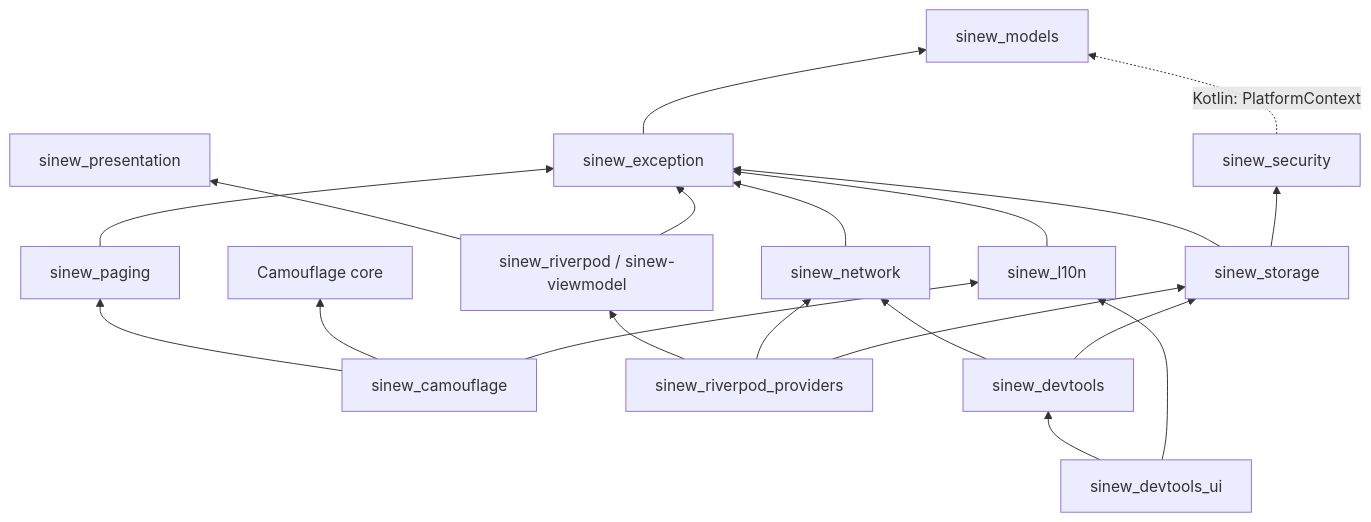
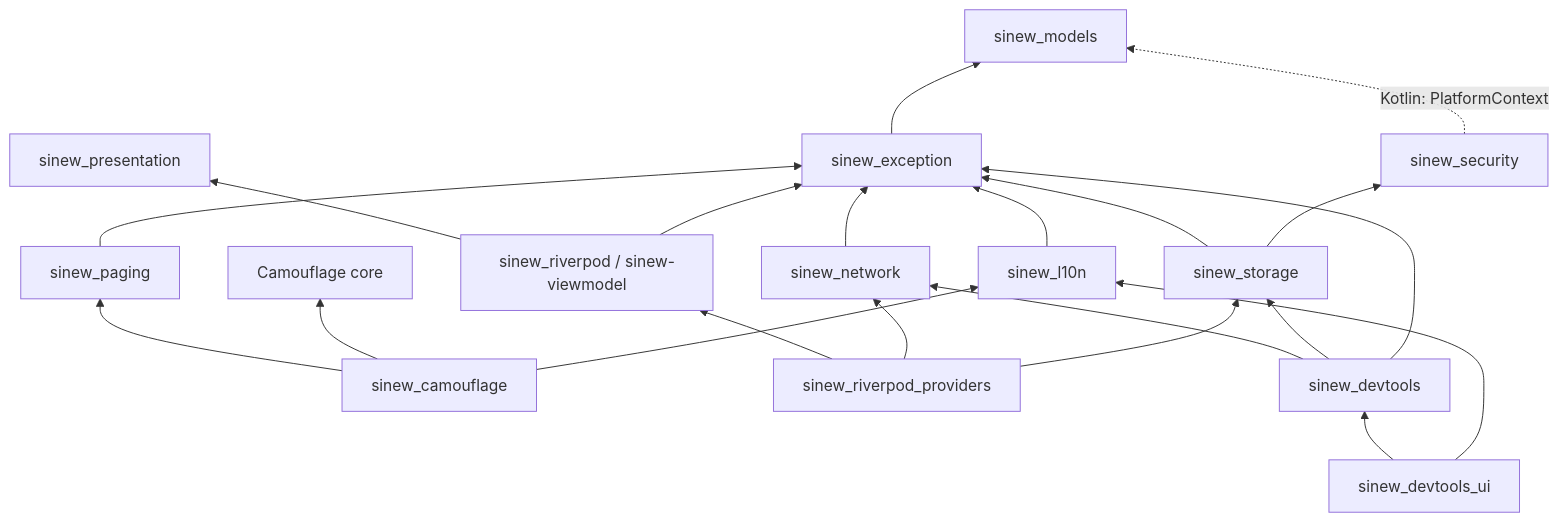
One commit to srctool/sinew changed the second of 2 diagrams in docs/internal/development/guide/01-foundations/01-architecture.mdx. Above: the diagram before and after it, drawn with Mermaid. The commit also changed other lines of this file and 1 other file, not shown here.

````diff
--- a/docs/internal/development/guide/01-foundations/01-architecture.mdx
+++ b/docs/internal/development/guide/01-foundations/01-architecture.mdx
@@ -67,22 +67,23 @@
 ```mermaid
 flowchart BT
     EX[sinew_exception] --> M[sinew_models]
     PG[sinew_paging] --> EX
     NW[sinew_network] --> EX
     ST[sinew_storage] --> EX
     ST --> SC[sinew_security]
     SC -.->|Kotlin: PlatformContext| M
     CG[sinew_camouflage] --> PG
     CG --> CAMO["Camouflage core"]
     CG --> L10
     AD["sinew_riverpod / sinew-viewmodel"] --> PR[sinew_presentation]
     AD --> EX
     RP[sinew_riverpod_providers] --> AD
     RP --> NW
     RP --> ST
     DT[sinew_devtools] --> NW
     DT --> ST
+    DT --> EX
     DU[sinew_devtools_ui] --> DT
     DU --> L10
     L10[sinew_l10n] --> EX
 ```
````
